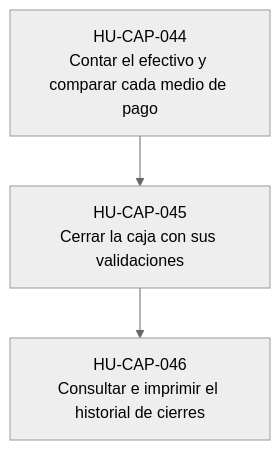
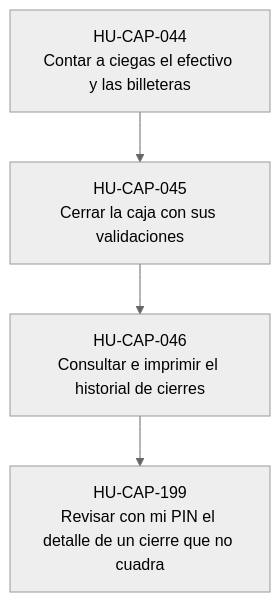
The third of 5 diagrams in docs/dor/DOR-FT-CIE-02-arqueo-y-cierre-con-historial.md (JoseEM26/caprichos), drawn with Mermaid (neutral theme) before and after one commit. The commit also changed other lines of this file and 208 other files, not shown here.

````diff
--- a/docs/dor/DOR-FT-CIE-02-arqueo-y-cierre-con-historial.md
+++ b/docs/dor/DOR-FT-CIE-02-arqueo-y-cierre-con-historial.md
@@ -101,8 +105,10 @@
 ```mermaid
 flowchart TB
-  P0["HU-CAP-044<br>Contar el efectivo y comparar cada medio de pago"]
+  P0["HU-CAP-044<br>Contar a ciegas el efectivo y las billeteras"]
   P1["HU-CAP-045<br>Cerrar la caja con sus validaciones"]
   P0 --> P1
   P2["HU-CAP-046<br>Consultar e imprimir el historial de cierres"]
   P1 --> P2
+  P3["HU-CAP-199<br>Revisar con mi PIN el detalle de un cierre que no cuadra"]
+  P2 --> P3
 ```
````
